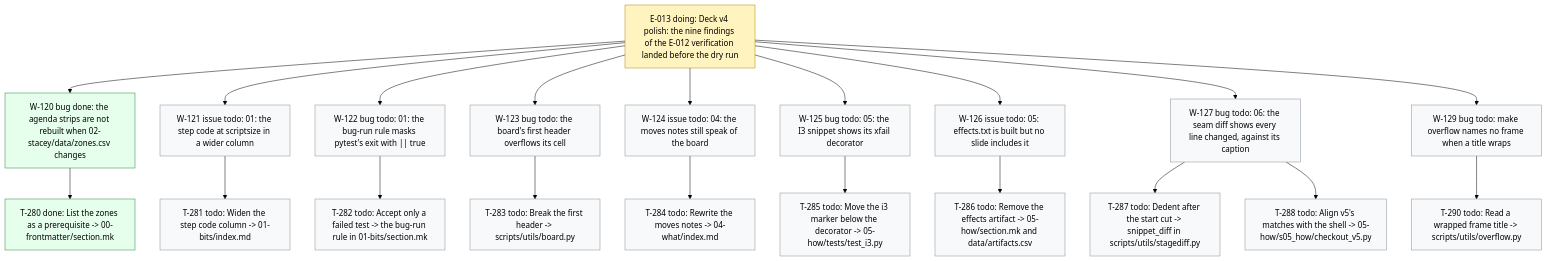
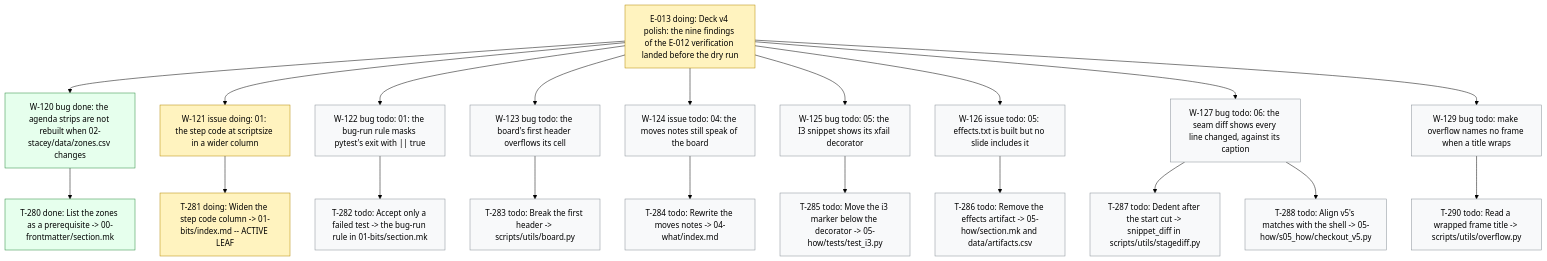
Before and after one commit to dpopchev/chaos-to-simple: the diagram in .board/BOARD.md, drawn with Mermaid (forest theme). The commit also changed other lines of this file and 2 other files, not shown here.

Commit message:
chore(board): activate W-121, start T-281
Refs: W-121 T-281

````diff
--- a/.board/BOARD.md
+++ b/.board/BOARD.md
@@ -729,31 +729,31 @@
 ```mermaid
 flowchart TD
   E013["E-013 doing: Deck v4 polish: the nine findings of the E-012 verification landed before the dry run"]
   E013 --> W120["W-120 bug done: the agenda strips are not rebuilt when 02-stacey/data/zones.csv changes"]
   W120 --> T280["T-280 done: List the zones as a prerequisite -> 00-frontmatter/section.mk"]
-  E013 --> W121["W-121 issue todo: 01: the step code at scriptsize in a wider column"]
-  W121 --> T281["T-281 todo: Widen the step code column -> 01-bits/index.md"]
+  E013 --> W121["W-121 issue doing: 01: the step code at scriptsize in a wider column"]
+  W121 --> T281["T-281 doing: Widen the step code column -> 01-bits/index.md -- ACTIVE LEAF"]
   E013 --> W122["W-122 bug todo: 01: the bug-run rule masks pytest's exit with || true"]
   W122 --> T282["T-282 todo: Accept only a failed test -> the bug-run rule in 01-bits/section.mk"]
   E013 --> W123["W-123 bug todo: the board's first header overflows its cell"]
   W123 --> T283["T-283 todo: Break the first header -> scripts/utils/board.py"]
   E013 --> W124["W-124 issue todo: 04: the moves notes still speak of the board"]
   W124 --> T284["T-284 todo: Rewrite the moves notes -> 04-what/index.md"]
   E013 --> W125["W-125 bug todo: 05: the I3 snippet shows its xfail decorator"]
   W125 --> T285["T-285 todo: Move the i3 marker below the decorator -> 05-how/tests/test_i3.py"]
   E013 --> W126["W-126 issue todo: 05: effects.txt is built but no slide includes it"]
   W126 --> T286["T-286 todo: Remove the effects artifact -> 05-how/section.mk and data/artifacts.csv"]
   E013 --> W127["W-127 bug todo: 06: the seam diff shows every line changed, against its caption"]
   W127 --> T287["T-287 todo: Dedent after the start cut -> snippet_diff in scripts/utils/stagediff.py"]
   W127 --> T288["T-288 todo: Align v5's matches with the shell -> 05-how/s05_how/checkout_v5.py"]
   E013 --> W129["W-129 bug todo: make overflow names no frame when a title wraps"]
   W129 --> T290["T-290 todo: Read a wrapped frame title -> scripts/utils/overflow.py"]
   classDef doing fill:#fff3bf,stroke:#b58900,color:#000;
   classDef blocked fill:#ffe3e3,stroke:#c92a2a,color:#000;
   classDef done fill:#e6ffed,stroke:#2b8a3e,color:#000;
   classDef todo fill:#f8f9fa,stroke:#868e96,color:#000;
   classDef pruned fill:#f1f3f5,stroke:#adb5bd,color:#000;
-  class E013 doing
+  class E013,W121,T281 doing
   class W120,T280 done
-  class W121,T281,W122,T282,W123,T283,W124,T284,W125,T285,W126,T286,W127,T287,T288,W129,T290 todo
+  class W122,T282,W123,T283,W124,T284,W125,T285,W126,T286,W127,T287,T288,W129,T290 todo
 ```
````
